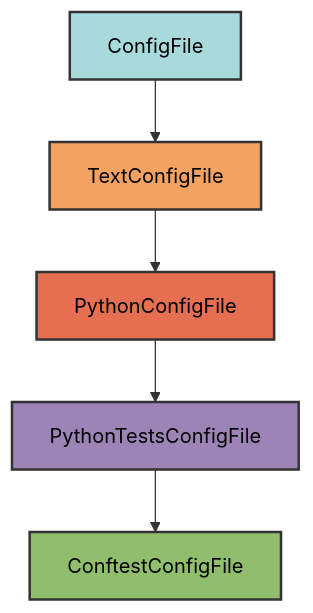
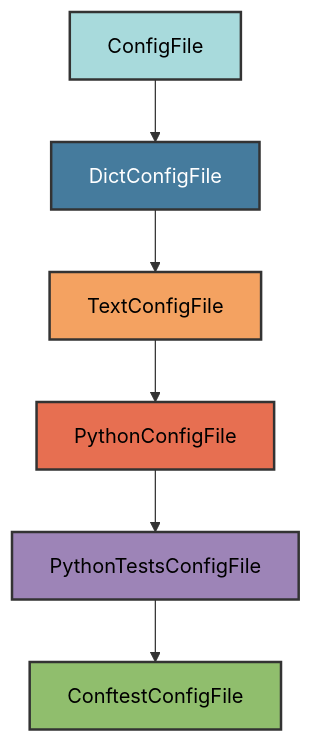
Before and after one commit to Winipedia/pyrig: the diagram in docs/configs/conftest.md, drawn with Mermaid. The commit also changed other lines of this file and 21 other files, not shown here.

````diff
--- a/docs/configs/conftest.md
+++ b/docs/configs/conftest.md
@@ -16,13 +16,15 @@
 ```mermaid
 graph TD
-    A[ConfigFile] --> B[TextConfigFile]
-    B --> C[PythonConfigFile]
-    C --> D[PythonTestsConfigFile]
-    D --> E[ConftestConfigFile]
+    A[ConfigFile] --> B[DictConfigFile]
+    B --> C[TextConfigFile]
+    C --> D[PythonConfigFile]
+    D --> E[PythonTestsConfigFile]
+    E --> F[ConftestConfigFile]
 
     style A fill:#a8dadc,stroke:#333,stroke-width:2px,color:#000
-    style B fill:#f4a261,stroke:#333,stroke-width:2px,color:#000
-    style C fill:#e76f51,stroke:#333,stroke-width:2px,color:#000
-    style D fill:#9d84b7,stroke:#333,stroke-width:2px,color:#000
-    style E fill:#90be6d,stroke:#333,stroke-width:2px,color:#000
+    style B fill:#457b9d,stroke:#333,stroke-width:2px,color:#fff
+    style C fill:#f4a261,stroke:#333,stroke-width:2px,color:#000
+    style D fill:#e76f51,stroke:#333,stroke-width:2px,color:#000
+    style E fill:#9d84b7,stroke:#333,stroke-width:2px,color:#000
+    style F fill:#90be6d,stroke:#333,stroke-width:2px,color:#000
 ```
````
